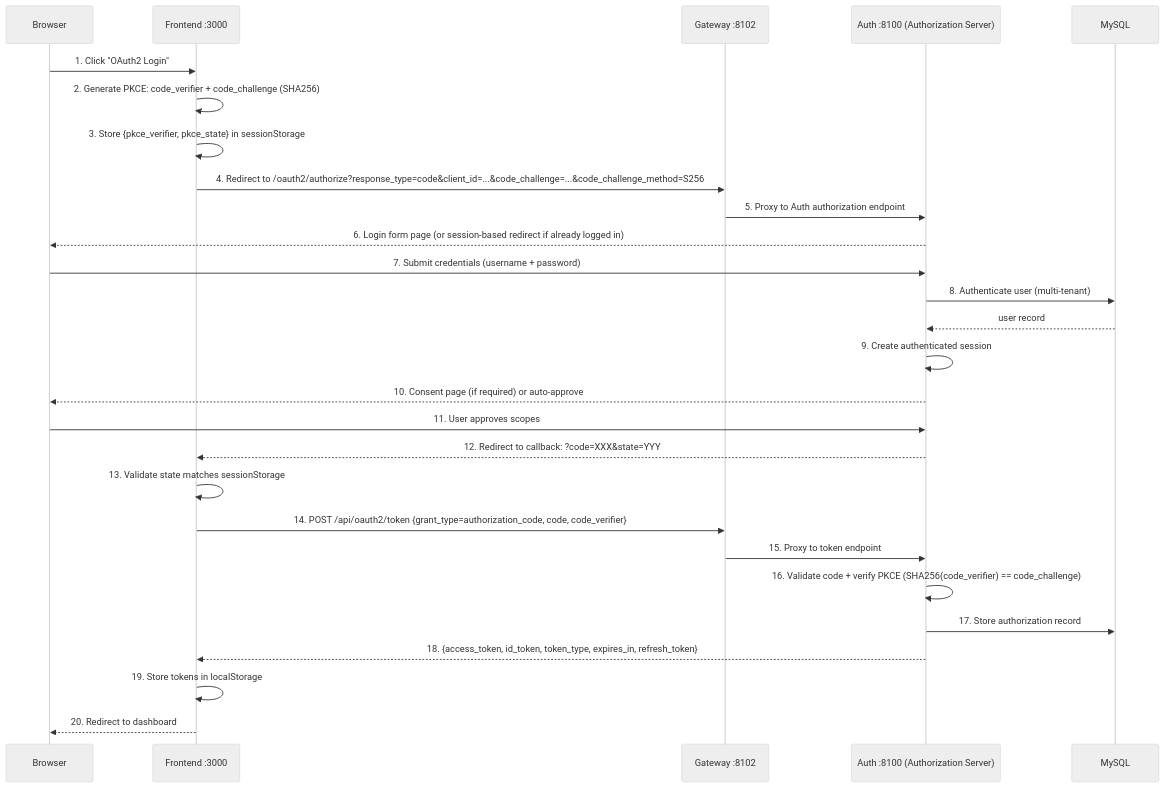
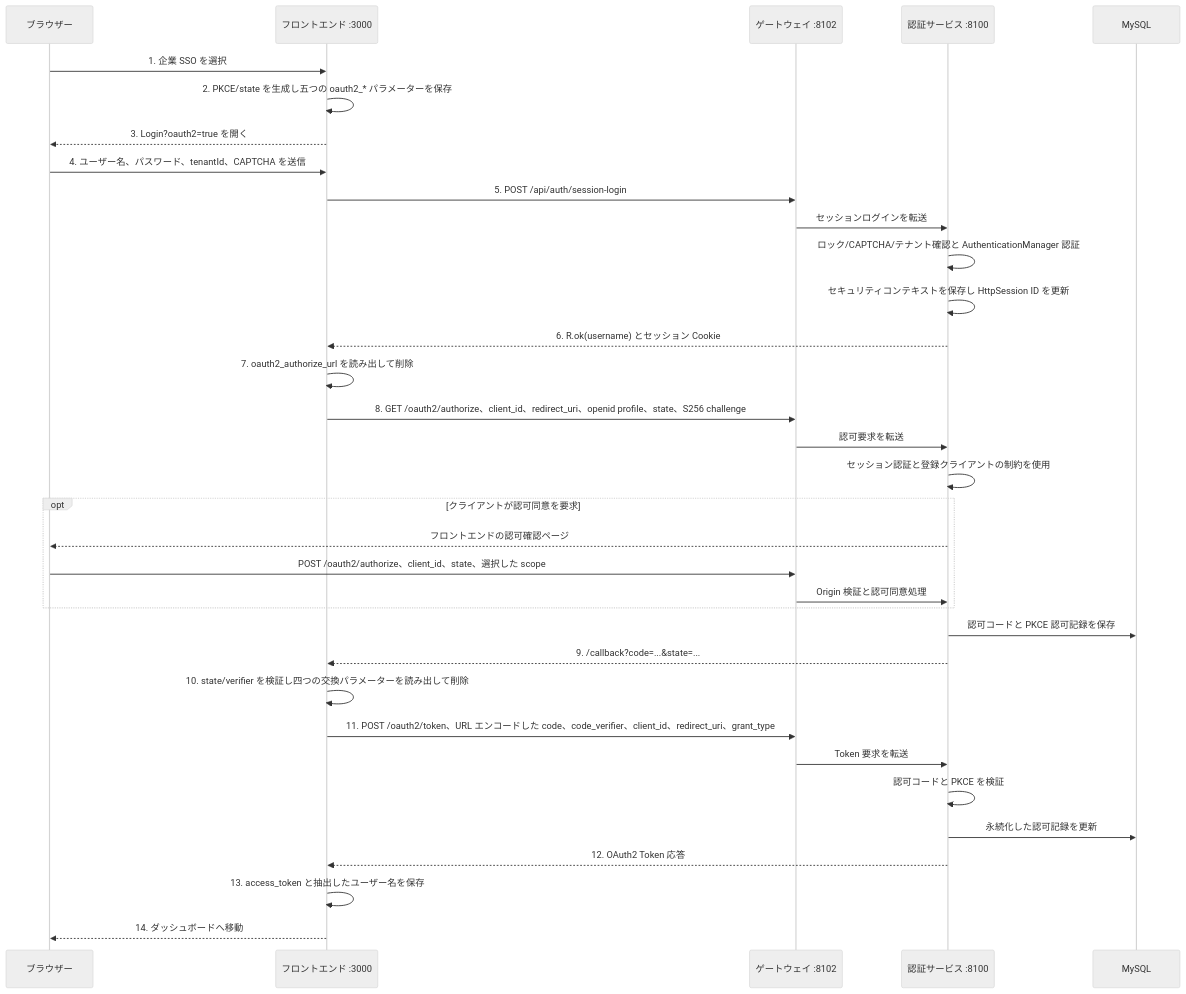
Before and after one commit to wang-baohai/Omni-Stack: the second of 21 diagrams in docs/core-flows.jp.md, drawn with Mermaid (neutral theme). The commit also changed other lines of this file and 1095 other files, not shown here.

````diff
--- a/docs/core-flows.jp.md
+++ b/docs/core-flows.jp.md
@@ -277,30 +162,37 @@
 ```mermaid
 sequenceDiagram
-    participant B as Browser
-    participant F as Frontend :3000
-    participant G as Gateway :8102
-    participant A as Auth :8100 (Authorization Server)
+    participant B as ブラウザー
+    participant F as フロントエンド :3000
+    participant G as ゲートウェイ :8102
+    participant A as 認証サービス :8100
     participant M as MySQL
 
-    B->>F: 1. Click "OAuth2 Login"
-    F->>F: 2. Generate PKCE: code_verifier + code_challenge (SHA256)
-    F->>F: 3. Store {pkce_verifier, pkce_state} in sessionStorage
-    F->>G: 4. Redirect to /oauth2/authorize?response_type=code&client_id=...&code_challenge=...&code_challenge_method=S256
-    G->>A: 5. Proxy to Auth authorization endpoint
-    A-->>B: 6. Login form page (or session-based redirect if already logged in)
-    B->>A: 7. Submit credentials (username + password)
-    A->>M: 8. Authenticate user (multi-tenant)
-    M-->>A: user record
-    A->>A: 9. Create authenticated session
-    A-->>B: 10. Consent page (if required) or auto-approve
-    B->>A: 11. User approves scopes
-    A-->>F: 12. Redirect to callback: ?code=XXX&state=YYY
-    F->>F: 13. Validate state matches sessionStorage
-    F->>G: 14. POST /api/oauth2/token {grant_type=authorization_code, code, code_verifier}
-    G->>A: 15. Proxy to token endpoint
-    A->>A: 16. Validate code + verify PKCE (SHA256(code_verifier) == code_challenge)
-    A->>M: 17. Store authorization record
-    A-->>F: 18. {access_token, id_token, token_type, expires_in, refresh_token}
-    F->>F: 19. Store tokens in localStorage
-    F-->>B: 20. Redirect to dashboard
+    B->>F: 1. 企業 SSO を選択
+    F->>F: 2. PKCE/state を生成し五つの oauth2_* パラメーターを保存
+    F-->>B: 3. Login?oauth2=true を開く
+    B->>F: 4. ユーザー名、パスワード、tenantId、CAPTCHA を送信
+    F->>G: 5. POST /api/auth/session-login
+    G->>A: セッションログインを転送
+    A->>A: ロック/CAPTCHA/テナント確認と AuthenticationManager 認証
+    A->>A: セキュリティコンテキストを保存し HttpSession ID を更新
+    A-->>F: 6. R.ok(username) とセッション Cookie
+    F->>F: 7. oauth2_authorize_url を読み出して削除
+    F->>G: 8. GET /oauth2/authorize、client_id、redirect_uri、openid profile、state、S256 challenge
+    G->>A: 認可要求を転送
+    A->>A: セッション認証と登録クライアントの制約を使用
+    opt クライアントが認可同意を要求
+    A-->>B: フロントエンドの認可確認ページ
+    B->>G: POST /oauth2/authorize、client_id、state、選択した scope
+    G->>A: Origin 検証と認可同意処理
+    end
+    A->>M: 認可コードと PKCE 認可記録を保存
+    A-->>F: 9. /callback?code=...&state=...
+    F->>F: 10. state/verifier を検証し四つの交換パラメーターを読み出して削除
+    F->>G: 11. POST /oauth2/token、URL エンコードした code、code_verifier、client_id、redirect_uri、grant_type
+    G->>A: Token 要求を転送
+    A->>A: 認可コードと PKCE を検証
+    A->>M: 永続化した認可記録を更新
+    A-->>F: 12. OAuth2 Token 応答
+    F->>F: 13. access_token と抽出したユーザー名を保存
+    F-->>B: 14. ダッシュボードへ移動
 ```
````
